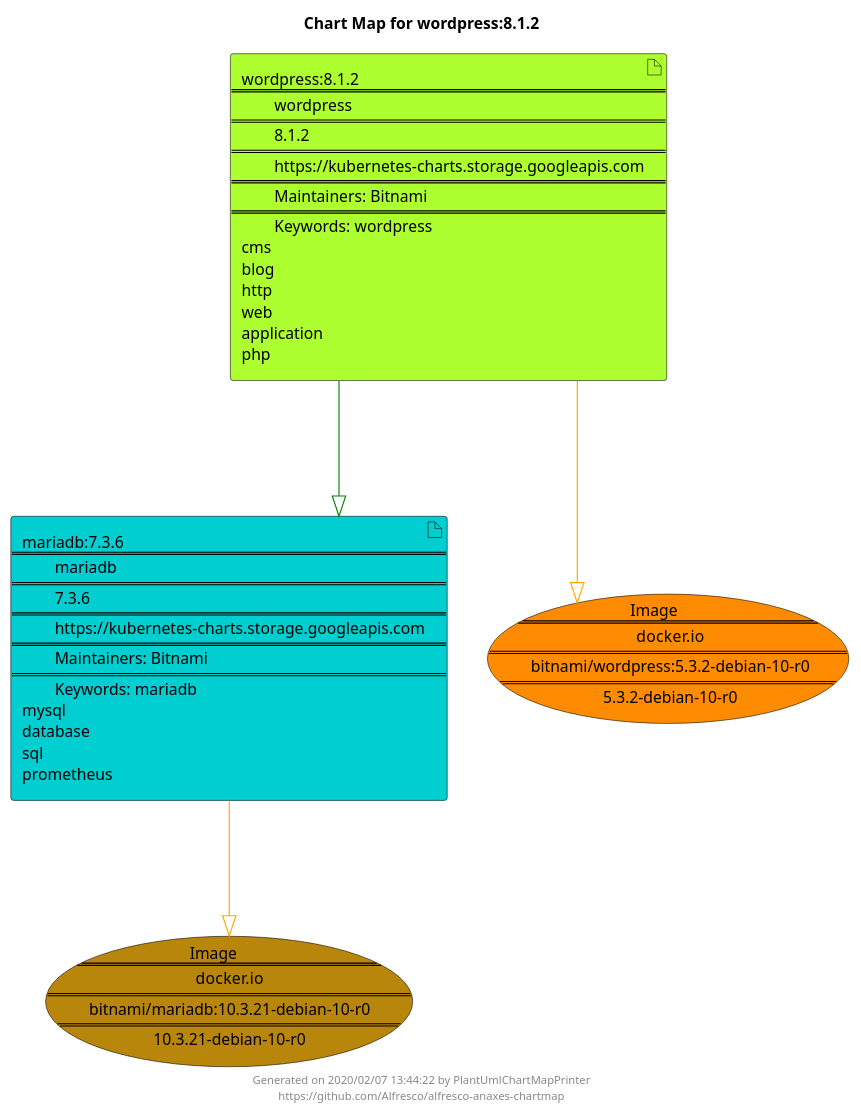
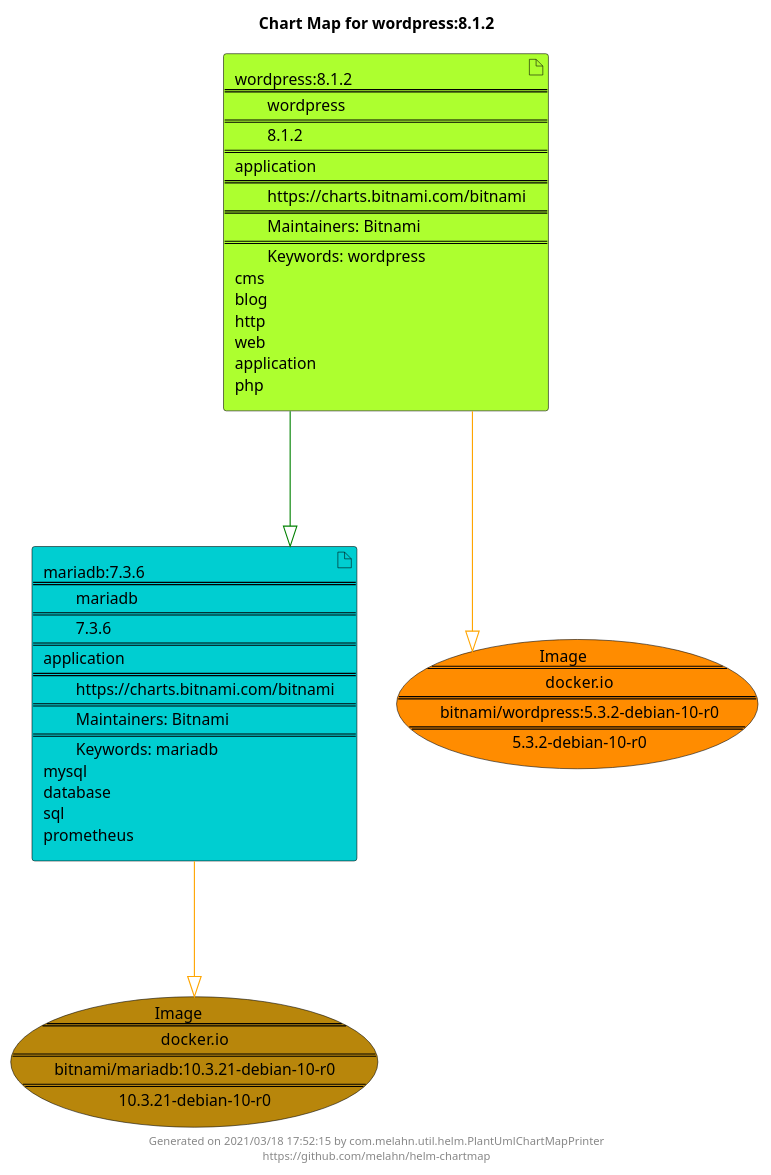
One commit to melahn/helm-chartmap changed the diagram in docs/wordpress/wordpress-8.1.2.puml. Above: the diagram before and after it, drawn with PlantUML. The commit also changed 28 other files, not shown here.

```diff
--- a/docs/wordpress/wordpress-8.1.2.puml
+++ b/docs/wordpress/wordpress-8.1.2.puml
@@ -1,25 +1,25 @@
 @startuml
 skinparam linetype ortho
 skinparam backgroundColor white
 skinparam usecaseBorderColor black
 skinparam usecaseArrowColor LightSlateGray
 skinparam artifactBorderColor black
 skinparam artifactArrowColor LightSlateGray
 
 title Chart Map for wordpress:8.1.2
 
 'There are 2 referenced Helm Charts
-artifact "mariadb:7.3.6\n====\n\tmariadb\n====\n\t7.3.6\n====\n\thttps://kubernetes-charts.storage.googleapis.com\n====\n\tMaintainers: Bitnami\n====\n\tKeywords: mariadb\nmysql\ndatabase\nsql\nprometheus" as mariadb_7_3_6 #DarkTurquoise
-artifact "wordpress:8.1.2\n====\n\twordpress\n====\n\t8.1.2\n====\n\thttps://kubernetes-charts.storage.googleapis.com\n====\n\tMaintainers: Bitnami\n====\n\tKeywords: wordpress\ncms\nblog\nhttp\nweb\napplication\nphp" as wordpress_8_1_2 #GreenYellow
+artifact "mariadb:7.3.6\n====\n\tmariadb\n====\n\t7.3.6\n====\napplication\n====\n\thttps://charts.bitnami.com/bitnami\n====\n\tMaintainers: Bitnami\n====\n\tKeywords: mariadb\nmysql\ndatabase\nsql\nprometheus" as mariadb_7_3_6 #DarkTurquoise
+artifact "wordpress:8.1.2\n====\n\twordpress\n====\n\t8.1.2\n====\napplication\n====\n\thttps://charts.bitnami.com/bitnami\n====\n\tMaintainers: Bitnami\n====\n\tKeywords: wordpress\ncms\nblog\nhttp\nweb\napplication\nphp" as wordpress_8_1_2 #GreenYellow
 
 'There are 2 referenced Docker Images
 usecase "Image\n====\n\tdocker.io\n====\n\tbitnami/mariadb:10.3.21-debian-10-r0\n====\n\t10.3.21-debian-10-r0" as docker_io_bitnami_mariadb_10_3_21_debian_10_r0 #DarkGoldenRod
 usecase "Image\n====\n\tdocker.io\n====\n\tbitnami/wordpress:5.3.2-debian-10-r0\n====\n\t5.3.2-debian-10-r0" as docker_io_bitnami_wordpress_5_3_2_debian_10_r0 #Darkorange
 
 'Chart Dependencies
 wordpress_8_1_2--[#green]-|>mariadb_7_3_6
 mariadb_7_3_6--[#orange]-|>docker_io_bitnami_mariadb_10_3_21_debian_10_r0
 wordpress_8_1_2--[#orange]-|>docker_io_bitnami_wordpress_5_3_2_debian_10_r0
 
-center footer Generated on 2020/02/07 13:44:22 by PlantUmlChartMapPrinter\nhttps://github.com/Alfresco/alfresco-anaxes-chartmap
+center footer Generated on 2021/03/18 17:52:15 by com.melahn.util.helm.PlantUmlChartMapPrinter\nhttps://github.com/melahn/helm-chartmap
 @enduml
```
